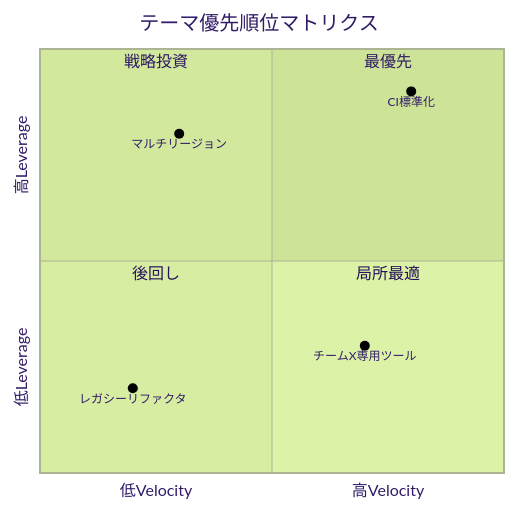
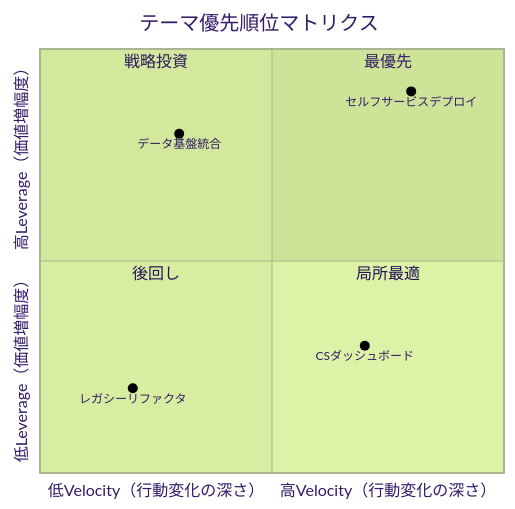
The diagram in dot_claude/skills/roadmap-planner/references/prioritization-guide.md (iwasa-kosui/dotfiles), drawn with Mermaid (forest theme) before and after one commit. The commit also changed other lines of this file and 4 other files, not shown here.

First line of the commit message:
feat(roadmap-planner): アウトカム定義をOutput(技術指標)から顧客行動変化に転換 (#39)

````diff
--- a/dot_claude/skills/roadmap-planner/references/prioritization-guide.md
+++ b/dot_claude/skills/roadmap-planner/references/prioritization-guide.md
@@ -54,14 +62,14 @@
 ```mermaid
 quadrantChart
     title テーマ優先順位マトリクス
-    x-axis "低Velocity" --> "高Velocity"
-    y-axis "低Leverage" --> "高Leverage"
+    x-axis "低Velocity（行動変化の深さ）" --> "高Velocity（行動変化の深さ）"
+    y-axis "低Leverage（価値増幅度）" --> "高Leverage（価値増幅度）"
     quadrant-1 "最優先"
     quadrant-2 "戦略投資"
     quadrant-3 "後回し"
     quadrant-4 "局所最適"
-    "CI標準化": [0.8, 0.9]
-    "マルチリージョン": [0.3, 0.8]
-    "チームX専用ツール": [0.7, 0.3]
+    "セルフサービスデプロイ": [0.8, 0.9]
+    "データ基盤統合": [0.3, 0.8]
+    "CSダッシュボード": [0.7, 0.3]
     "レガシーリファクタ": [0.2, 0.2]
 ```
````
